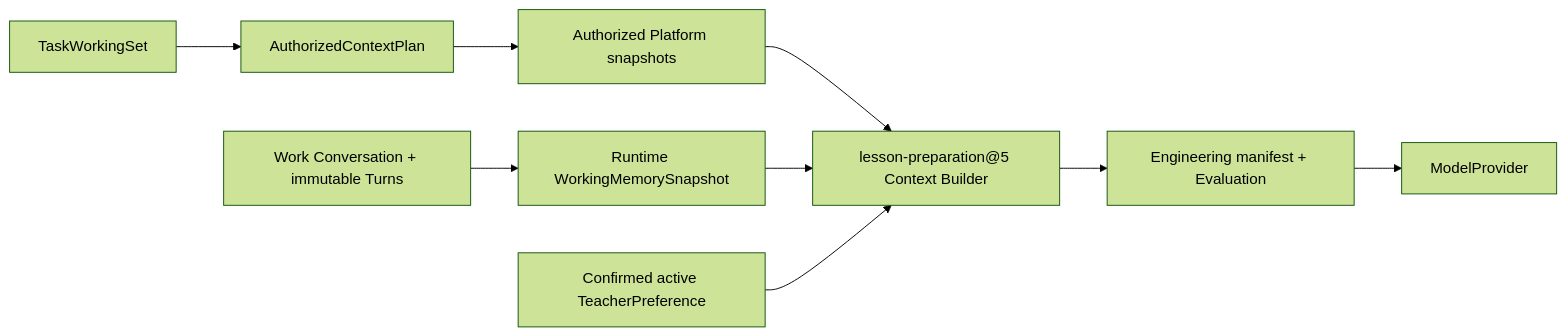
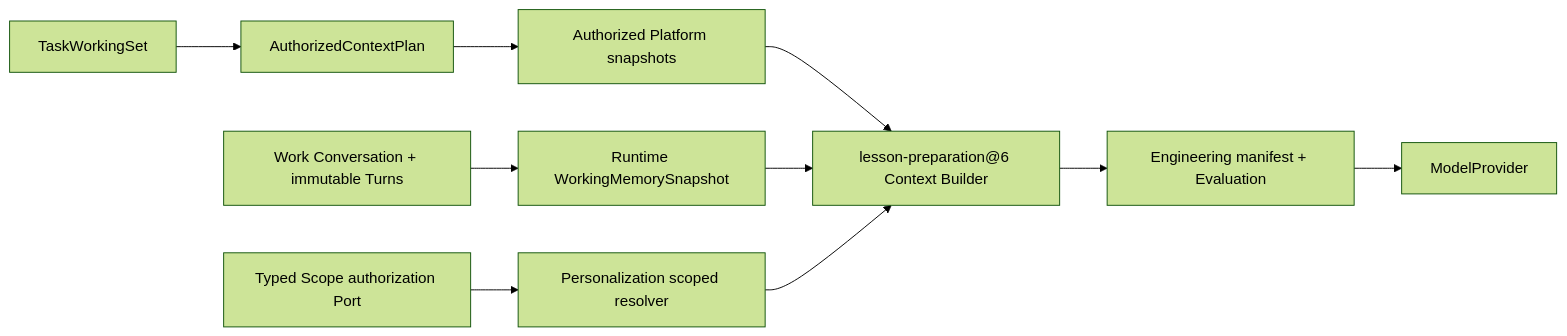
Before and after one commit to CrystalDavid/Edu-Agent: the fourth of 5 diagrams in docs/architecture/README.md, drawn with Mermaid (forest theme). The commit also changed other lines of this file and 71 other files, not shown here.

Commit message:
feat: add scoped teacher preferences

````diff
--- a/docs/architecture/README.md
+++ b/docs/architecture/README.md
@@ -163,11 +163,12 @@
 ```mermaid
 flowchart LR
     WS["TaskWorkingSet"] --> AUTH["AuthorizedContextPlan"]
     AUTH --> SNAP["Authorized Platform snapshots"]
-    SNAP --> CB["lesson-preparation@5 Context Builder"]
+    SNAP --> CB["lesson-preparation@6 Context Builder"]
     TURN["Work Conversation + immutable Turns"] --> WM["Runtime WorkingMemorySnapshot"]
     WM --> CB
-    PREF["Confirmed active TeacherPreference"] --> CB
+    PREF["Personalization scoped resolver"] --> CB
+    AUTHZ["Typed Scope authorization Port"] --> PREF
     CB --> CM["Engineering manifest + Evaluation"]
     CM --> MODEL["ModelProvider"]
 ```
````
